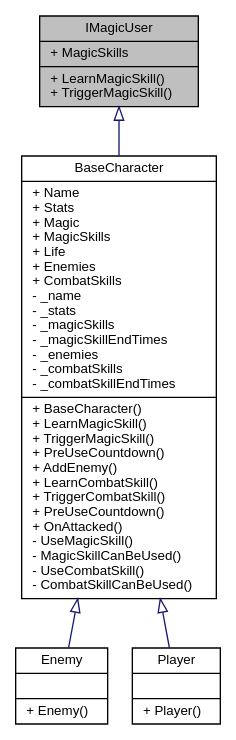
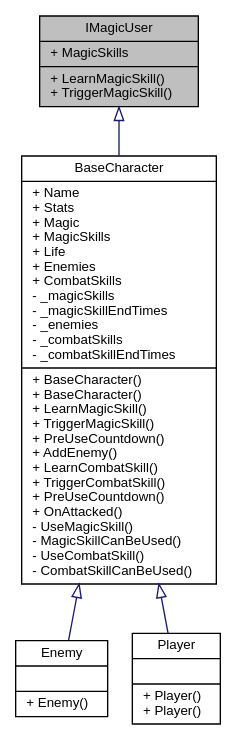
The diagram in de/dac/interface_action_rpg_kit_1_1_character_1_1_i_magic_user__inherit__graph.dot (PaulSchweizer/ActionRpgKit), drawn with Graphviz before and after one commit. The commit also changed 572 other files, not shown here.

```diff
--- a/de/dac/interface_action_rpg_kit_1_1_character_1_1_i_magic_user__inherit__graph.dot
+++ b/de/dac/interface_action_rpg_kit_1_1_character_1_1_i_magic_user__inherit__graph.dot
@@ -1,13 +1,13 @@
 digraph "IMagicUser"
 {
  // INTERACTIVE_SVG=YES
   edge [fontname="Helvetica",fontsize="10",labelfontname="Helvetica",labelfontsize="10"];
   node [fontname="Helvetica",fontsize="10",shape=record];
   Node1 [label="{IMagicUser\n|+ MagicSkills\l|+ LearnMagicSkill()\l+ TriggerMagicSkill()\l}",height=0.2,width=0.4,color="black", fillcolor="grey75", style="filled" fontcolor="black"];
   Node1 -> Node2 [dir="back",color="midnightblue",fontsize="10",style="solid",arrowtail="onormal",fontname="Helvetica"];
-  Node2 [label="{BaseCharacter\n|+ Name\l+ Stats\l+ Magic\l+ MagicSkills\l+ Life\l+ Enemies\l+ CombatSkills\l- _name\l- _stats\l- _magicSkills\l- _magicSkillEndTimes\l- _enemies\l- _combatSkills\l- _combatSkillEndTimes\l|+ BaseCharacter()\l+ LearnMagicSkill()\l+ TriggerMagicSkill()\l+ PreUseCountdown()\l+ AddEnemy()\l+ LearnCombatSkill()\l+ TriggerCombatSkill()\l+ PreUseCountdown()\l+ OnAttacked()\l- UseMagicSkill()\l- MagicSkillCanBeUsed()\l- UseCombatSkill()\l- CombatSkillCanBeUsed()\l}",height=0.2,width=0.4,color="black", fillcolor="white", style="filled",URL="$d9/d5c/class_action_rpg_kit_1_1_character_1_1_base_character.xhtml",tooltip="Base implementation of a Character."];
+  Node2 [label="{BaseCharacter\n|+ Name\l+ Stats\l+ Magic\l+ MagicSkills\l+ Life\l+ Enemies\l+ CombatSkills\l- _magicSkills\l- _magicSkillEndTimes\l- _enemies\l- _combatSkills\l- _combatSkillEndTimes\l|+ BaseCharacter()\l+ BaseCharacter()\l+ LearnMagicSkill()\l+ TriggerMagicSkill()\l+ PreUseCountdown()\l+ AddEnemy()\l+ LearnCombatSkill()\l+ TriggerCombatSkill()\l+ PreUseCountdown()\l+ OnAttacked()\l- UseMagicSkill()\l- MagicSkillCanBeUsed()\l- UseCombatSkill()\l- CombatSkillCanBeUsed()\l}",height=0.2,width=0.4,color="black", fillcolor="white", style="filled",URL="$d9/d5c/class_action_rpg_kit_1_1_character_1_1_base_character.xhtml",tooltip="Base implementation of a Character."];
   Node2 -> Node3 [dir="back",color="midnightblue",fontsize="10",style="solid",arrowtail="onormal",fontname="Helvetica"];
   Node3 [label="{Enemy\n||+ Enemy()\l}",height=0.2,width=0.4,color="black", fillcolor="white", style="filled",URL="$d2/df0/class_action_rpg_kit_1_1_character_1_1_enemy.xhtml",tooltip="Representation of a Hostile, game controlled character."];
   Node2 -> Node4 [dir="back",color="midnightblue",fontsize="10",style="solid",arrowtail="onormal",fontname="Helvetica"];
-  Node4 [label="{Player\n||+ Player()\l}",height=0.2,width=0.4,color="black", fillcolor="white", style="filled",URL="$d7/dd8/class_action_rpg_kit_1_1_character_1_1_player.xhtml",tooltip="Representation of a Player controllable character."];
+  Node4 [label="{Player\n||+ Player()\l+ Player()\l}",height=0.2,width=0.4,color="black", fillcolor="white", style="filled",URL="$d7/dd8/class_action_rpg_kit_1_1_character_1_1_player.xhtml",tooltip="Representation of a Player controllable character."];
 }
```
